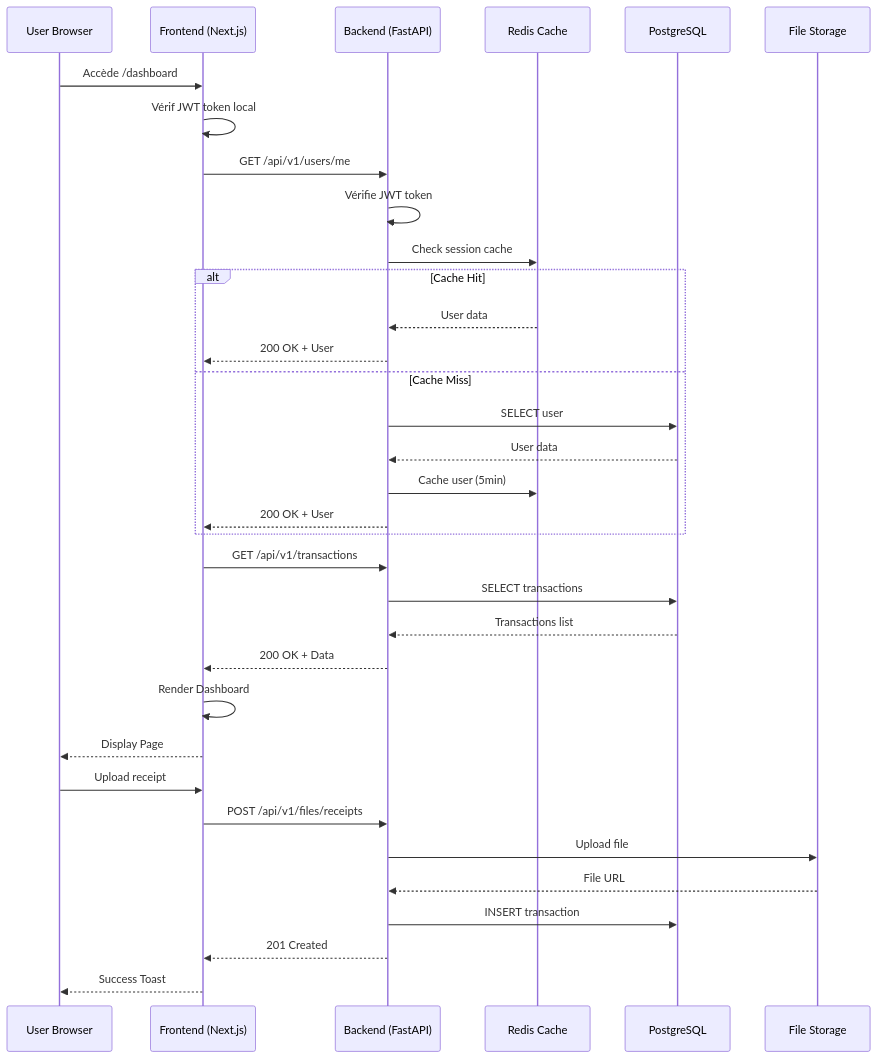
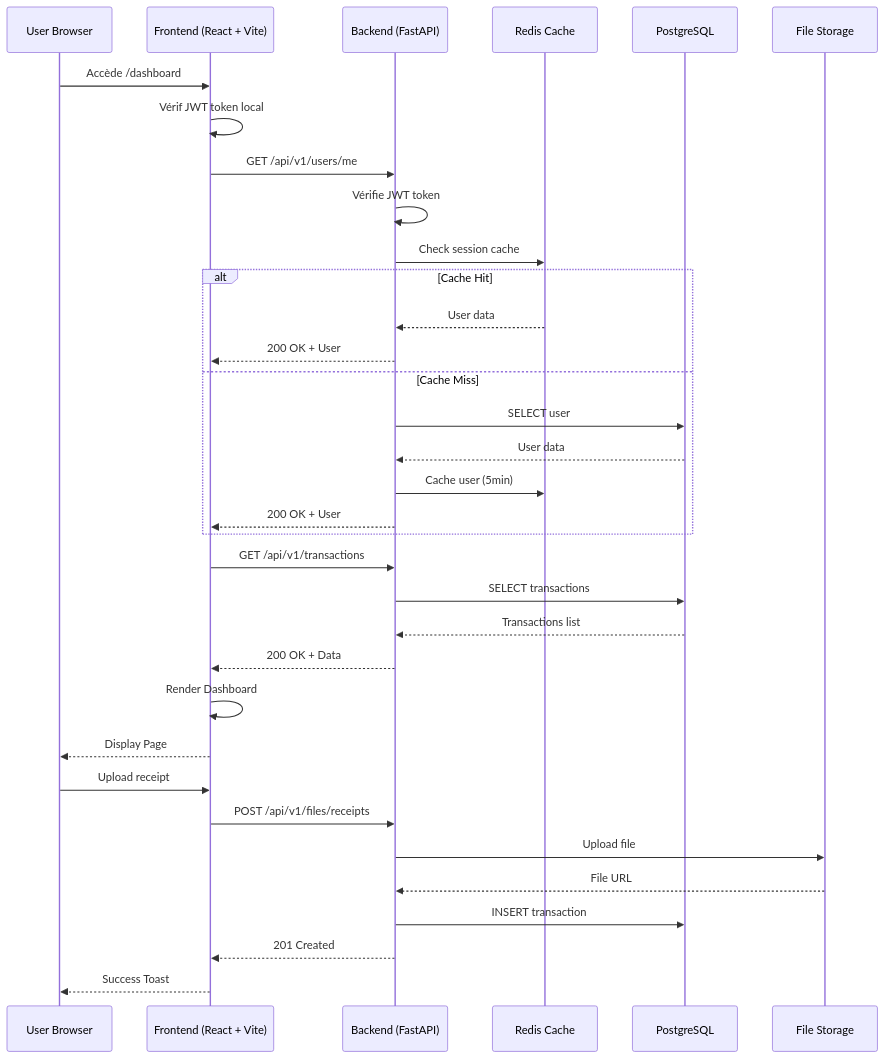
Before and after one commit to Linerror99/Mimo-core: the third of 7 diagrams in docs/ARCHITECTURE.md, drawn with Mermaid. The commit also changed other lines of this file and 4 other files, not shown here.

Commit message:
docs: add comprehensive project documentation including architecture, specifications, roadmap, and status

````diff
--- a/docs/ARCHITECTURE.md
+++ b/docs/ARCHITECTURE.md
@@ -135,41 +136,41 @@
 ```mermaid
 sequenceDiagram
     participant U as User Browser
-    participant FE as Frontend (Next.js)
+    participant FE as Frontend (React + Vite)
     participant API as Backend (FastAPI)
     participant R as Redis Cache
     participant DB as PostgreSQL
     participant S3 as File Storage
 
     U->>FE: Accède /dashboard
     FE->>FE: Vérif JWT token local
     FE->>API: GET /api/v1/users/me
     API->>API: Vérifie JWT token
     API->>R: Check session cache
     
     alt Cache Hit
         R-->>API: User data
         API-->>FE: 200 OK + User
     else Cache Miss
         API->>DB: SELECT user
         DB-->>API: User data
         API->>R: Cache user (5min)
         API-->>FE: 200 OK + User
     end
     
     FE->>API: GET /api/v1/transactions
     API->>DB: SELECT transactions
     DB-->>API: Transactions list
     API-->>FE: 200 OK + Data
     
     FE->>FE: Render Dashboard
     FE-->>U: Display Page
     
     U->>FE: Upload receipt
     FE->>API: POST /api/v1/files/receipts
     API->>S3: Upload file
     S3-->>API: File URL
     API->>DB: INSERT transaction
     API-->>FE: 201 Created
     FE-->>U: Success Toast
 ```
````
